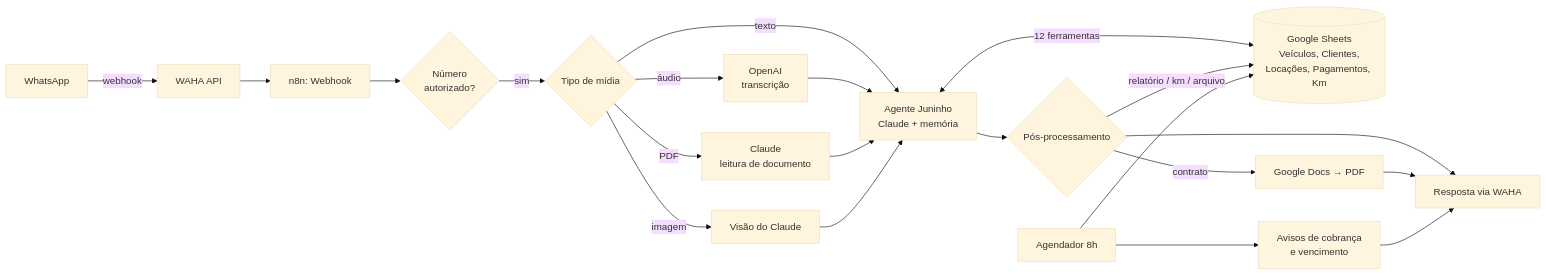
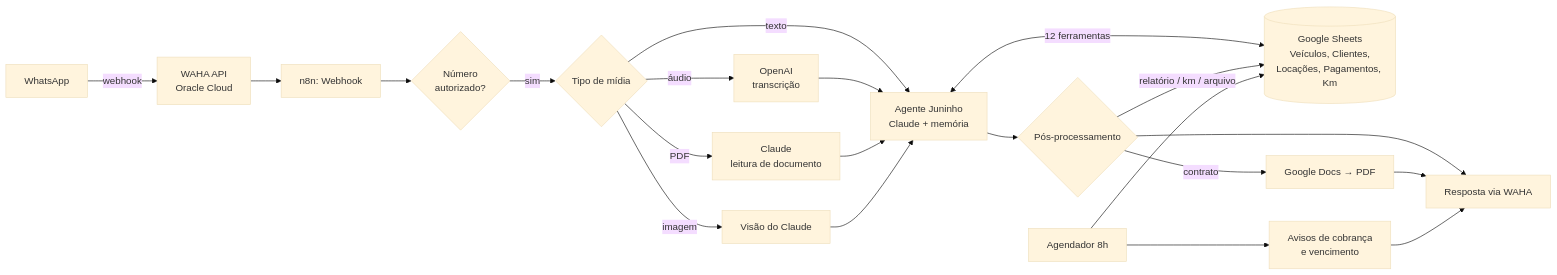
Before and after one commit to MafeCaputo/juninho-ai-agent: the diagram in README.md, drawn with Mermaid (base theme). The commit also changed other lines of this file and 1 other file, not shown here.

````diff
--- a/README.md
+++ b/README.md
@@ -37,22 +37,22 @@
 ```mermaid
 flowchart LR
-    W[WhatsApp] -->|webhook| WAHA[WAHA API]
+    W[WhatsApp] -->|webhook| WAHA[WAHA API<br/>Oracle Cloud]
     WAHA --> N8N[n8n: Webhook]
     N8N --> AUTH{Número<br/>autorizado?}
     AUTH -->|sim| MID{Tipo de mídia}
     MID -->|áudio| WH[OpenAI<br/>transcrição]
     MID -->|PDF| DOC[Claude<br/>leitura de documento]
     MID -->|imagem| IMG[Visão do Claude]
     MID -->|texto| AG
     WH --> AG
     DOC --> AG
     IMG --> AG
     AG[Agente Juninho<br/>Claude + memória] <-->|12 ferramentas| GS[(Google Sheets<br/>Veículos, Clientes,<br/>Locações, Pagamentos, Km)]
     AG --> POS{Pós-processamento}
     POS -->|contrato| GD[Google Docs → PDF]
     POS -->|relatório / km / arquivo| GS
     POS --> OUT[Resposta via WAHA]
     GD --> OUT
     CRON[Agendador 8h] --> GS
     CRON --> AV[Avisos de cobrança<br/>e vencimento] --> OUT
 ```
````
